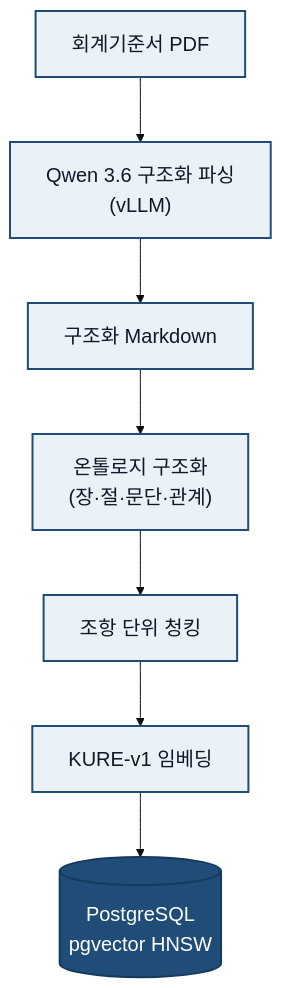
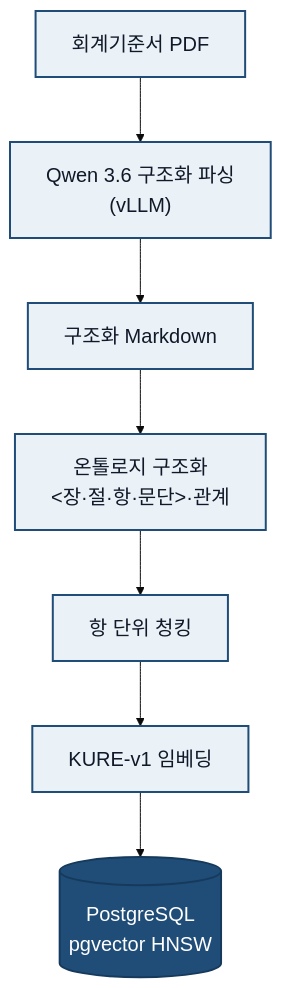
One commit to PDW-accountant/rag_for_accounting changed the first of 2 diagrams in README.md. Above: the diagram before and after it, drawn with Mermaid.

Commit message:
Update flowchart labels in README.md

````diff
--- a/README.md
+++ b/README.md
@@ -70,24 +70,24 @@
 ```mermaid
 %%{init: {"theme":"base","themeVariables":{"fontSize":"20px","fontFamily":"Arial, sans-serif"},"flowchart":{"useMaxWidth":true,"nodeSpacing":45,"rankSpacing":65,"padding":18}}}%%
 flowchart TB
     A["회계기준서 PDF"]
     B["Qwen 3.6 구조화 파싱<br/>(vLLM)"]
     C["구조화 Markdown"]
-    D["온톨로지 구조화<br/>(장·절·문단·관계)"]
-    E["조항 단위 청킹"]
+    D["온톨로지 구조화<br/><장·절·항·문단>·관계"]
+    E["항 단위 청킹"]
     F["KURE-v1 임베딩"]
     G[("PostgreSQL<br/>pgvector HNSW")]
 
     A --> B
     B --> C
     C --> D
     D --> E
     E --> F
     F --> G
 
     classDef step fill:#EAF2F8,stroke:#1F4D78,stroke-width:2px,color:#111827,font-size:20px;
     classDef storage fill:#1F4D78,stroke:#163A5C,stroke-width:2px,color:#FFFFFF,font-size:20px;
 
     class A,B,C,D,E,F step;
     class G storage;
 ```
````
